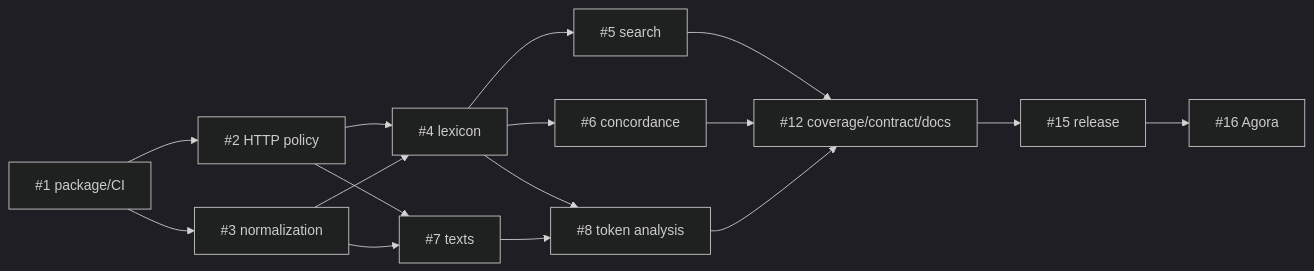
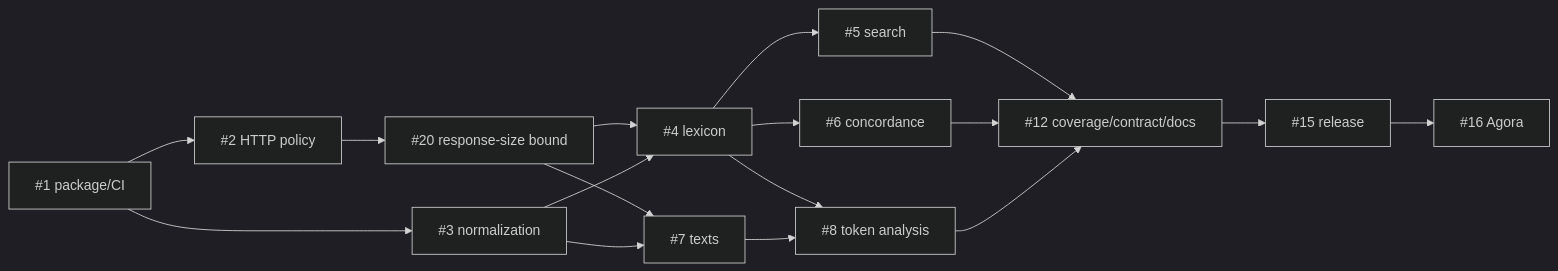
Before and after one commit to alexsosn/CAL-MCP: the diagram in wiki/backlog.md, drawn with Mermaid (dark theme). The commit also changed other lines of this file and 3 other files, not shown here.

First line of the commit message:
Bound CAL HTTP response size before public tools (#23)

````diff
--- a/wiki/backlog.md
+++ b/wiki/backlog.md
@@ -37,18 +38,19 @@
 ```mermaid
 flowchart LR
     A[#1 package/CI] --> B[#2 HTTP policy]
     A --> C[#3 normalization]
-    B --> D[#4 lexicon]
+    B --> S[#20 response-size bound]
+    S --> D[#4 lexicon]
     C --> D
-    B --> E[#7 texts]
+    S --> E[#7 texts]
     C --> E
     D --> F[#8 token analysis]
     E --> F
     D --> G[#5 search]
     D --> H[#6 concordance]
     G --> Z[#12 coverage/contract/docs]
     H --> Z
     F --> Z
     Z --> R[#15 release]
     R --> AG[#16 Agora]
 ```
````
